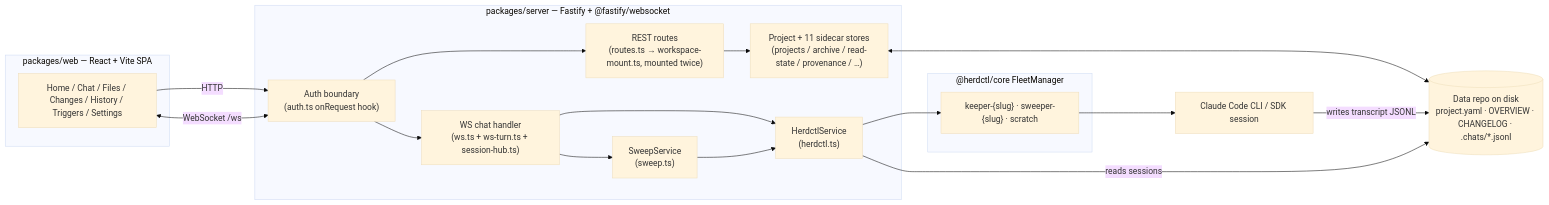
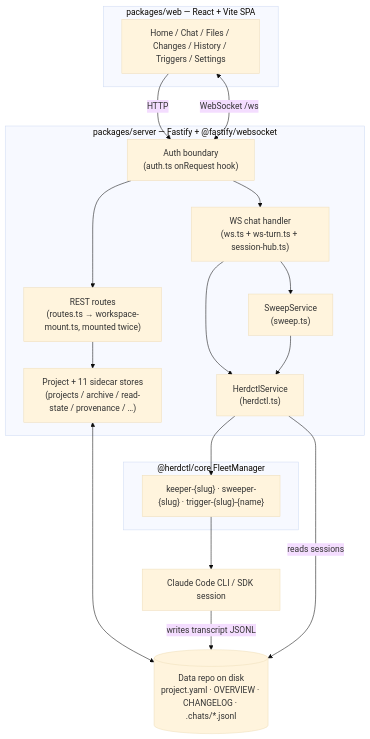
The first of 3 diagrams in website/src/content/docs/architecture/overview.md (edspencer/paddock), drawn with Mermaid (base theme) before and after one commit. The commit also changed other lines of this file and 5 other files, not shown here.

First line of the commit message:
fix(website): stop Mermaid diagrams rendering at 3px

````diff
--- a/website/src/content/docs/architecture/overview.md
+++ b/website/src/content/docs/architecture/overview.md
@@ -32,31 +32,34 @@
 ```mermaid
-flowchart LR
+%% TB, not LR: laid out left-to-right this graph is 2915px wide and gets scaled
+%% ~4.4x down into the ~692px prose column, which renders its labels at ~3px.
+%% Top-to-bottom it is 696px — i.e. 1:1. Vertical space is free; horizontal is not.
+flowchart TB
   subgraph Browser["packages/web — React + Vite SPA"]
     UI["Home / Chat / Files / Changes / History / Triggers / Settings"]
   end
 
   subgraph Server["packages/server — Fastify + @fastify/websocket"]
     Auth["Auth boundary\n(auth.ts onRequest hook)"]
     REST["REST routes\n(routes.ts → workspace-mount.ts, mounted twice)"]
     WS["WS chat handler\n(ws.ts + ws-turn.ts + session-hub.ts)"]
     Stores["Project + 11 sidecar stores\n(projects / archive / read-state / provenance / …)"]
     Sweep["SweepService\n(sweep.ts)"]
     Herd["HerdctlService\n(herdctl.ts)"]
   end
 
   subgraph Herdctl["@herdctl/core FleetManager"]
-    Agents["keeper-{slug} · sweeper-{slug} · scratch"]
+    Agents["keeper-{slug} · sweeper-{slug} · trigger-{slug}-{name}"]
   end
 
   Claude["Claude Code CLI / SDK session"]
   Disk[("Data repo on disk\nproject.yaml · OVERVIEW · CHANGELOG · .chats/*.jsonl")]
 
   UI -->|"HTTP"| Auth --> REST --> Stores
   UI <-->|"WebSocket /ws"| Auth
   Auth --> WS
   WS --> Herd --> Agents --> Claude
   Claude -->|"writes transcript JSONL"| Disk
   WS --> Sweep --> Herd
   Stores <--> Disk
   Herd -->|"reads sessions"| Disk
 ```
````
